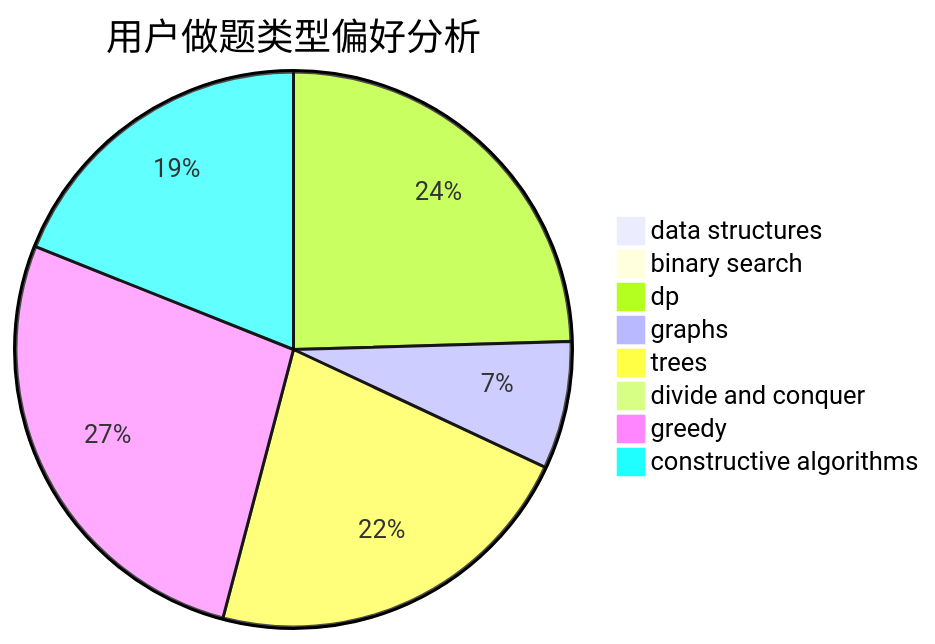
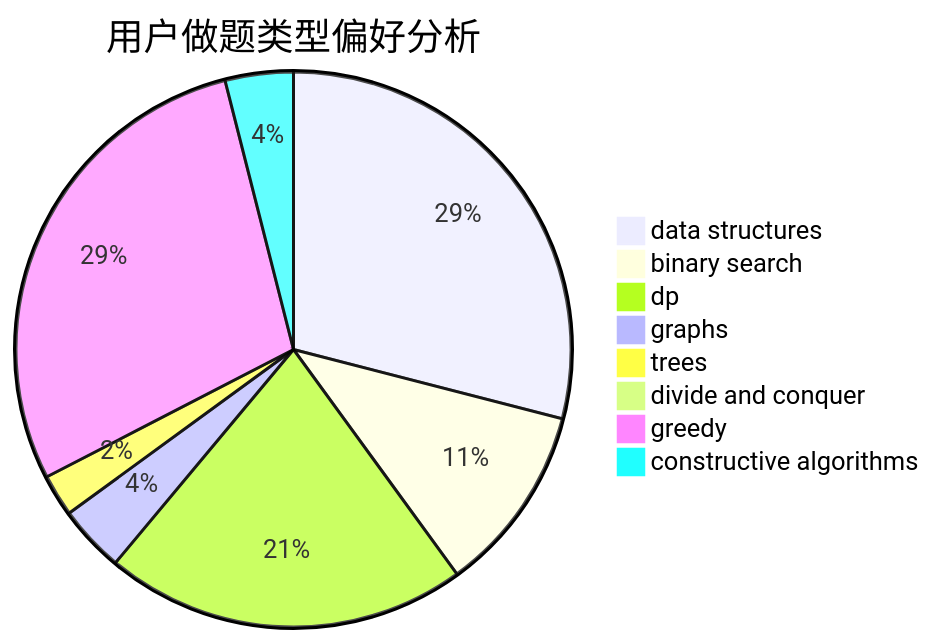
The second of 3 diagrams in docs/user/u2053.md (sherpahu/cfrs.github.io), drawn with Mermaid before and after one commit. The commit also changed other lines of this file and 2770 other files, not shown here.

````diff
--- a/docs/user/u2053.md
+++ b/docs/user/u2053.md
@@ -23,11 +23,11 @@
 ```mermaid
 pie title 用户做题类型偏好分析
-    "data structures" :  5
-    "binary search" :  0
-    "dp" :  132
-    "graphs" :  40
-    "trees" :  119
+    "data structures" :  439
+    "binary search" :  166
+    "dp" :  319
+    "graphs" :  59
+    "trees" :  37
     "divide and conquer" :  0
-    "greedy" :  145
-    "constructive algorithms" :  102
+    "greedy" :  433
+    "constructive algorithms" :  60
 ```
````
